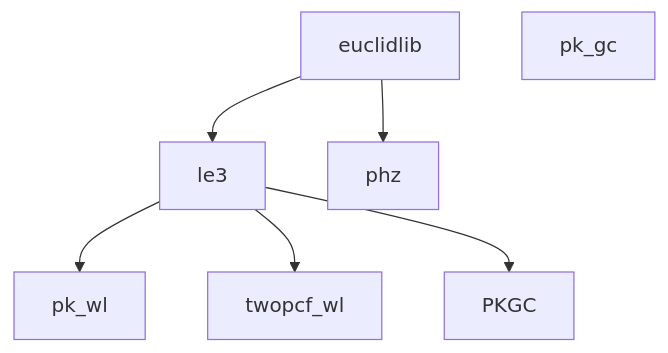
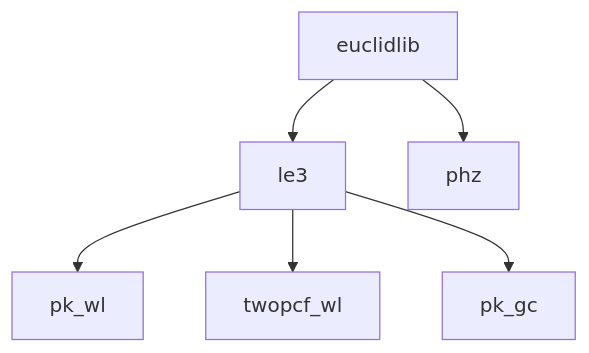
The diagram in README.md (euclidlib/euclidlib), drawn with Mermaid before and after one commit.

````diff
--- a/README.md
+++ b/README.md
@@ -44,18 +44,18 @@
 ```mermaid
 graph TD
     EUCLIDLIB[euclidlib]
 
     LE3[le3]
     PKWL[pk_wl]
     TWOPCF[twopcf_wl]
-    PPKGC[pk_gc]
+    PKGC[pk_gc]
 
     PHZ[phz]
 
     EUCLIDLIB --> LE3
     EUCLIDLIB --> PHZ
 
     LE3 --> PKWL
     LE3 --> TWOPCF
     LE3 --> PKGC
 ```
````
